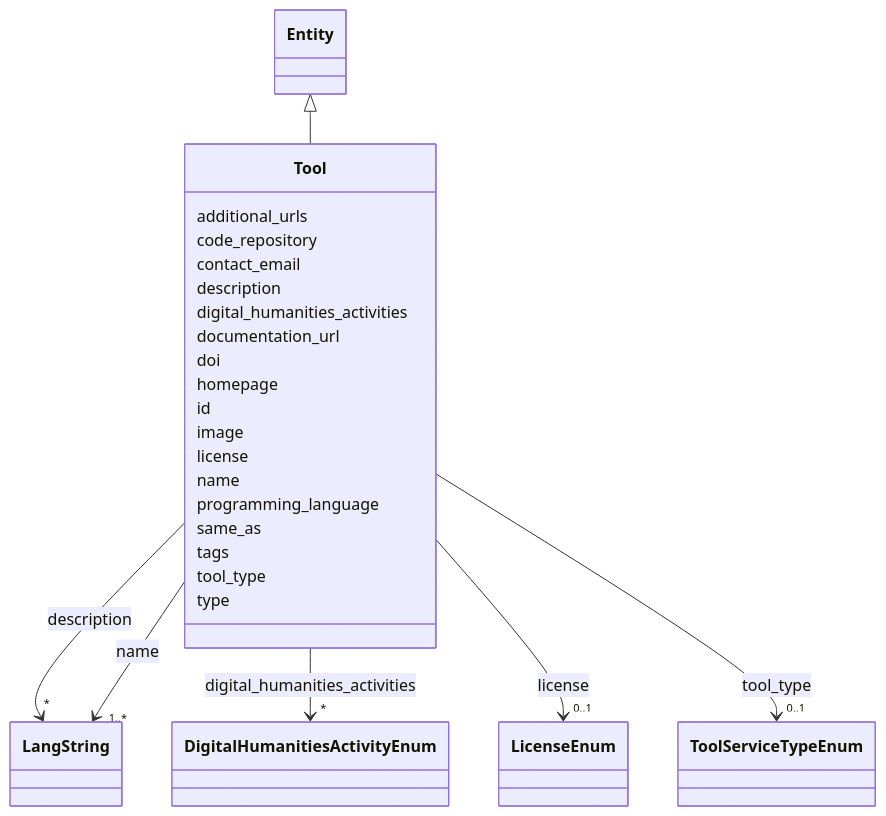
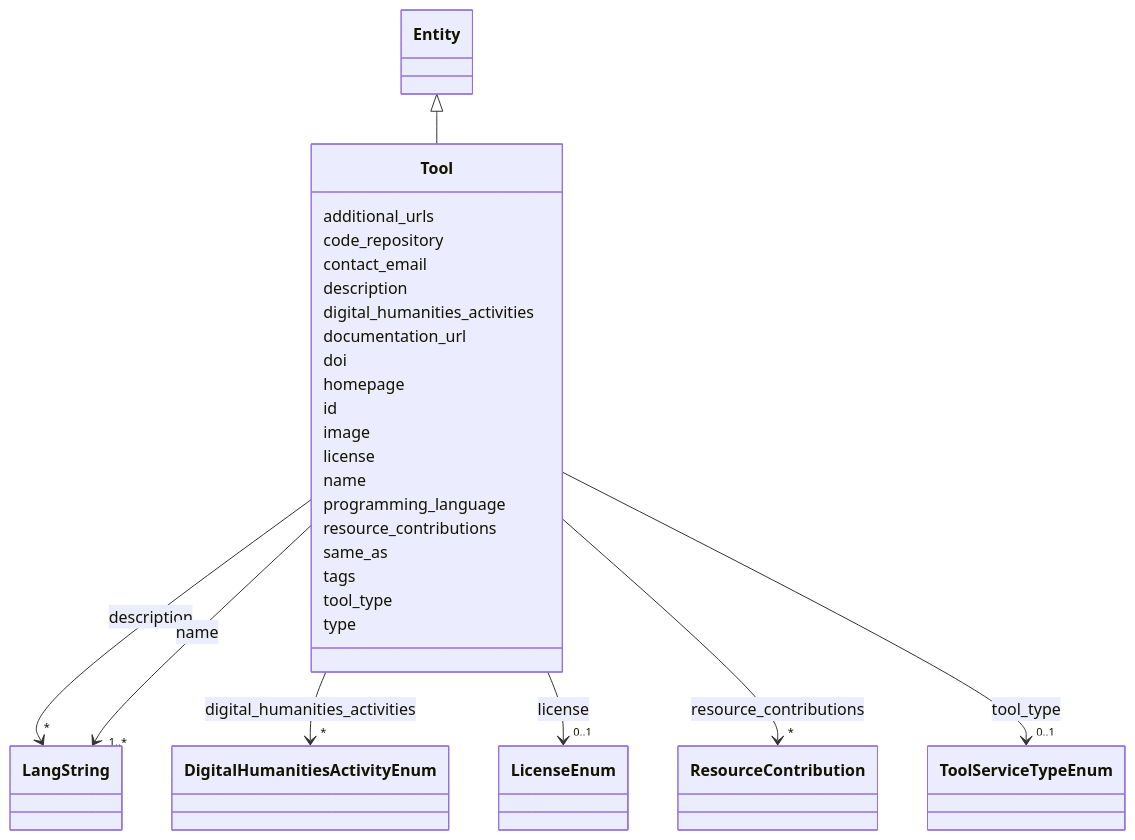
Before and after one commit to DARIAH-IL/idhi-manifests: the diagram in docs/classes/Tool.md, drawn with Mermaid. The commit also changed other lines of this file and 68 other files, not shown here.

```diff
--- a/docs/classes/Tool.md
+++ b/docs/classes/Tool.md
@@ -98,6 +98,19 @@
         
       Tool : programming_language
         
+      Tool : resource_contributions
+        
+          
+    
+        
+        
+        Tool --> "*" ResourceContribution : resource_contributions
+        
+        click ResourceContribution href "../../classes/ResourceContribution/"
+        
+    
+
+        
       Tool : same_as
         
       Tool : tags
```
